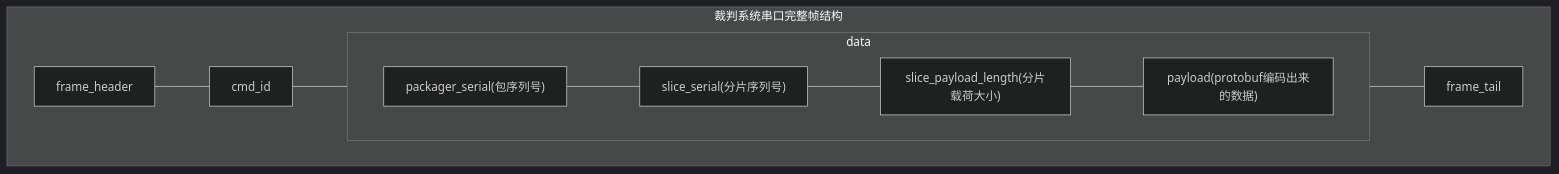
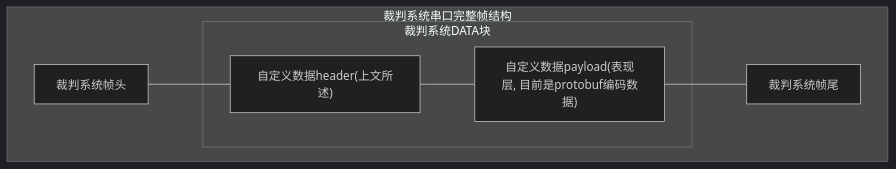
The first of 3 diagrams in README.md (SZURPVision/MasterPilot-CustomData), drawn with Mermaid (dark theme) before and after one commit. The commit also changed other lines of this file and 19 other files, not shown here.

````diff
--- a/README.md
+++ b/README.md
@@ -27,17 +31,17 @@
 ```mermaid
 graph TD
 
-subgraph REFREE["裁判系统串口完整帧结构"]
-	RA["frame_header"] ---
-	RB["cmd_id"] ---
-	DATA ---
-	RC["frame_tail"] 
+subgraph R["裁判系统串口完整帧结构"]
+	RH["裁判系统帧头"]
+
+	subgraph RD["裁判系统DATA块"]
+		DH["自定义数据header(上文所述)"]
+		DD["自定义数据payload(表现层, 目前是protobuf编码数据)"]
+	end
+
+	RT["裁判系统帧尾"]
 end
 
-subgraph DATA["data"]
-	DA["packager_serial(包序列号)"] ---
-	DB["slice_serial(分片序列号)"] ---
-	DC["slice_payload_length(分片载荷大小)"] ---
-	DD["payload(protobuf编码出来的数据)"]
-end
+RH --- DH --- DD --- RT
+
 ```
````
